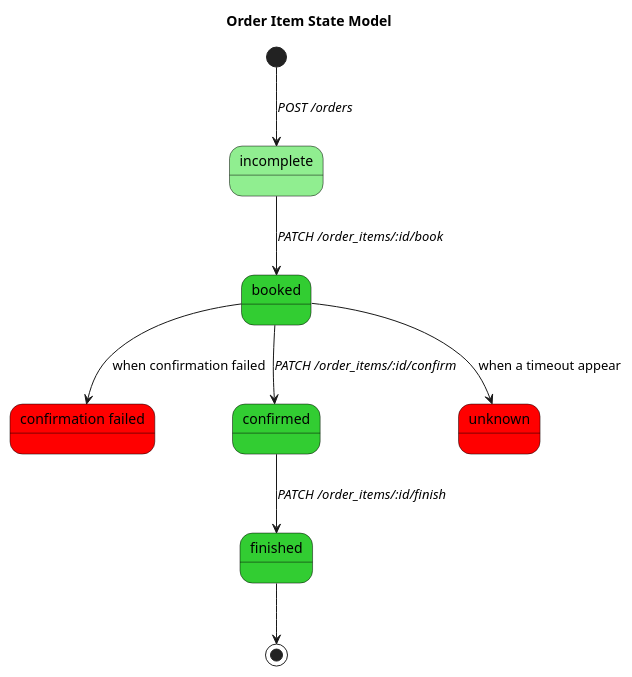
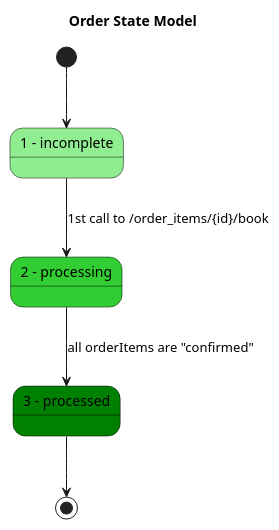
The diagram in plantUML/order_sate_diagram.puml (loco2/locohub-api-documentation), drawn with PlantUML before and after one commit.

Commit message:
set real order state model

```diff
--- a/plantUML/order_sate_diagram.puml
+++ b/plantUML/order_sate_diagram.puml
@@ -1,40 +1,26 @@
 @startuml
 
-' in order to change this diagram, please got to 
-' http://www.planttext.com
-' http://plantuml.com/en/state-diagram
-	
+' in order to change this diagram, please got to http://www.planttext.com
 skinparam state {
   StartColor Black
   EndColor Black
   BackgroundColor LightYellow
   BackgroundColor<<OrderIncomplete>> LightGreen
   BackgroundColor<<OrderProcessing>> LimeGreen
   BackgroundColor<<OrderProcessed>> Green
   BackgroundColor<<OrderErrored>> Red
   BorderColor Black
+  FontName Impact
 }
+title Order State Model
+state "1 - incomplete" as Incomplete<<OrderIncomplete>>
+state "2 - processing" as Processing <<OrderProcessing>>
+state "3 - processed" as Processed <<OrderProcessed>>
+'state "X - errored" as Errored <<OrderErrred>>
 
-title Order Item State Model
-state "incomplete" as Incomplete <<OrderIncomplete>>
-state "booked" as Booked <<OrderProcessing>>	
-state "confirmation failed" as ConfirmationFailed <<OrderErrored>>
-state "confirmed" as Confirmed <<OrderProcessing>>
-state "finished" as Finished <<OrderProcessing>>
-state "unknown" as Unknown <<OrderErrored>>
-
-' nominal case
-[*] -down-> Incomplete : //POST /orders//
-Incomplete -down-> Booked : //PATCH /order_items/:id/book//
-Booked -down-> Confirmed : //PATCH /order_items/:id/confirm//
-Confirmed -down-> Finished : //PATCH /order_items/:id/finish//
-Finished -down-> [*]
-
-
-' non nominal case
-Booked --> ConfirmationFailed : when confirmation failed
-Booked --> Unknown : when a timeout appear
-
-' notes
+[*] -down->Incomplete
+Incomplete -down-> Processing : 1st call to /order_items/{id}/book
+Processing -down-> Processed : all orderItems are "confirmed"
+Processed -down-> [*]
 
 @enduml
```
